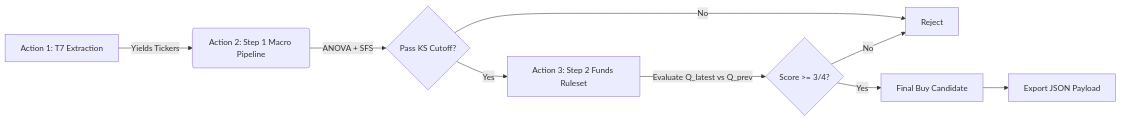
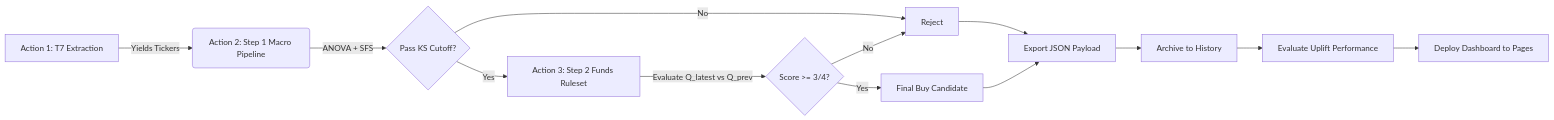
One commit to kleinnconrad/stock-predictor changed the second of 2 diagrams in README.md. Above: the diagram before and after it, drawn with Mermaid. The commit also changed other lines of this file, not shown here.

Commit message:
chore: update readme with liftchart documentation

````diff
--- a/README.md
+++ b/README.md
@@ -83,14 +83,19 @@
 ```mermaid
 graph LR
     A[Action 1: T7 Extraction] -->|Yields Tickers| B(Action 2: Step 1 Macro Pipeline)
     
     B -->|ANOVA + SFS| C{Pass KS Cutoff?}
     C -->|No| D[Reject]
     C -->|Yes| E[Action 3: Step 2 Funds Ruleset]
     
     E -->|Evaluate Q_latest vs Q_prev| F{Score >= 3/4?}
     F -->|No| D
     F -->|Yes| G[Final Buy Candidate]
     
+    D --> H
     G --> H[Export JSON Payload]
+    
+    H --> I[Archive to History]
+    I --> J[Evaluate Uplift Performance]
+    J --> K[Deploy Dashboard to Pages]
 ```
````
